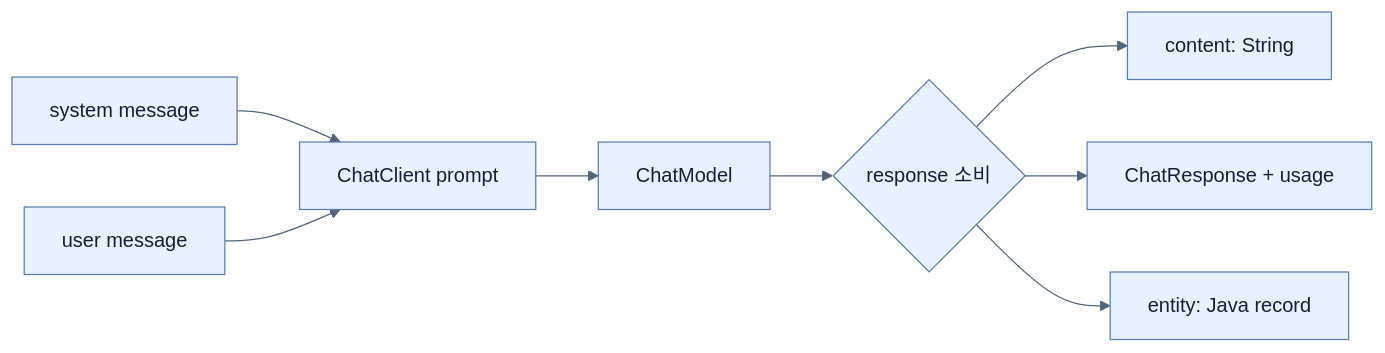
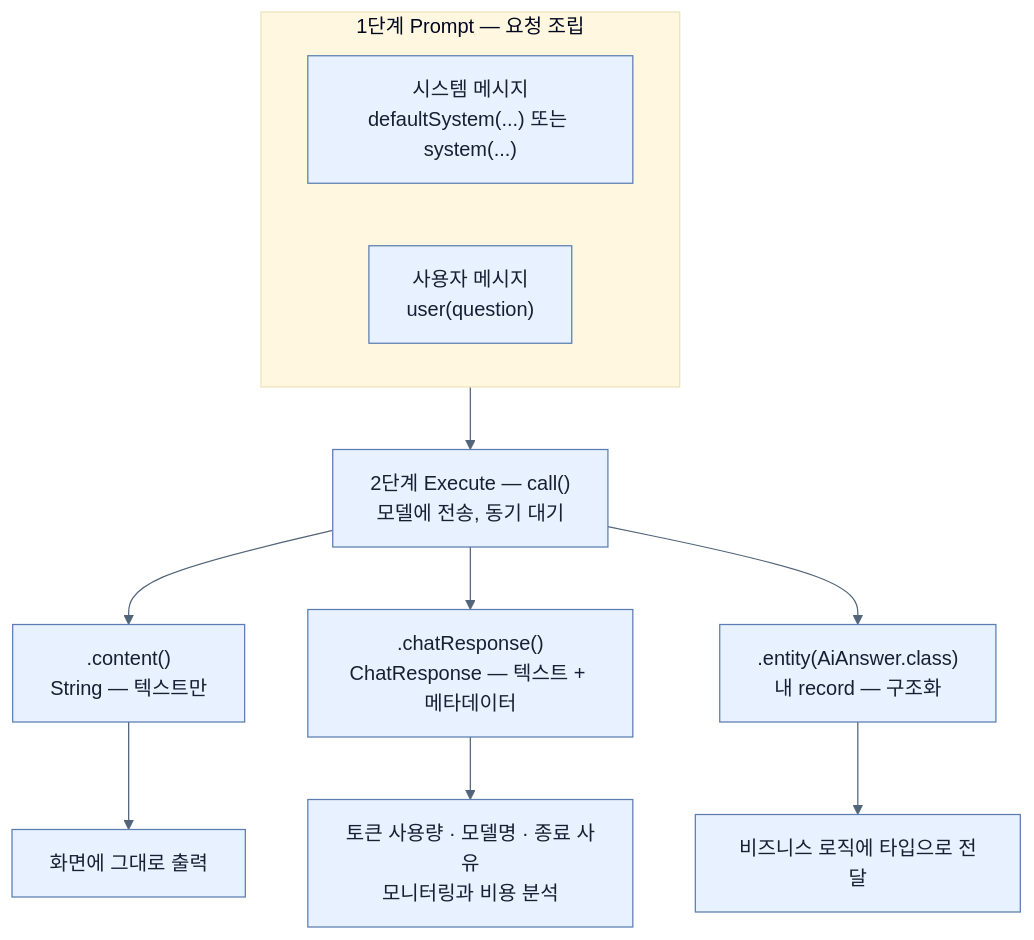
One commit to sing-u8/Learning_Spring_Boot_4 changed the diagram in spring-boot-4-pdf-notes/part-6-building-intelligent-applications-with-spring-ai/chapter-14-building-intelligent-applications-with-spring-ai/02-building-llm-integrations-with-chatclient.md. Above: the diagram before and after it, drawn with Mermaid. The commit also changed other lines of this file and 253 other files, not shown here.

````diff
--- a/spring-boot-4-pdf-notes/part-6-building-intelligent-applications-with-spring-ai/chapter-14-building-intelligent-applications-with-spring-ai/02-building-llm-integrations-with-chatclient.md
+++ b/spring-boot-4-pdf-notes/part-6-building-intelligent-applications-with-spring-ai/chapter-14-building-intelligent-applications-with-spring-ai/02-building-llm-integrations-with-chatclient.md
@@ -46,11 +254,18 @@
 ```mermaid
 %%{init: {'theme': 'base', 'themeVariables': {'background': '#ffffff', 'primaryColor': '#e8f1ff', 'primaryTextColor': '#172033', 'primaryBorderColor': '#5b7db1', 'lineColor': '#52647a', 'secondaryColor': '#f7fbff', 'tertiaryColor': '#fff7df'}}}%%
-flowchart LR
-    S[system message] --> P[ChatClient prompt]
-    U[user message] --> P
-    P --> M[ChatModel]
-    M --> R{response 소비}
-    R --> T[content: String]
-    R --> F[ChatResponse + usage]
-    R --> E[entity: Java record]
+flowchart TB
+    subgraph S1["1단계 Prompt — 요청 조립"]
+        SYS["시스템 메시지<br/>defaultSystem(...) 또는 system(...)"]
+        USR["사용자 메시지<br/>user(question)"]
+    end
+
+    S1 --> EX["2단계 Execute — call()<br/>모델에 전송, 동기 대기"]
+
+    EX --> R1[".content()<br/>String — 텍스트만"]
+    EX --> R2[".chatResponse()<br/>ChatResponse — 텍스트 + 메타데이터"]
+    EX --> R3[".entity(AiAnswer.class)<br/>내 record — 구조화"]
+
+    R1 --> U1["화면에 그대로 출력"]
+    R2 --> U2["토큰 사용량 · 모델명 · 종료 사유<br/>모니터링과 비용 분석"]
+    R3 --> U3["비즈니스 로직에 타입으로 전달"]
 ```
````
